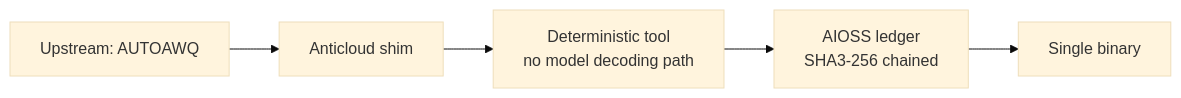
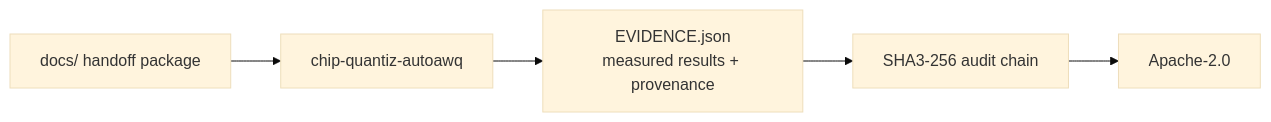
Before and after one commit to the-anticloud/chip-quantiz-autoawq: the diagram in README.md, drawn with Mermaid (base theme). The commit also changed other lines of this file and 8 other files, not shown here.

````diff
--- a/README.md
+++ b/README.md
@@ -11,7 +22,7 @@
 ```mermaid
 graph LR
-    U[Upstream: AUTOAWQ] --> S[Anticloud shim]
-    S --> T[Deterministic tool<br/>no model decoding path]
-    T --> A[AIOSS ledger<br/>SHA3-256 chained]
-    A --> B[Single binary]
+    D[docs/ handoff package] --> R[chip-quantiz-autoawq]
+    R --> E[EVIDENCE.json\nmeasured results + provenance]
+    E --> A[SHA3-256 audit chain]
+    A --> L[Apache-2.0]
 ```
````
